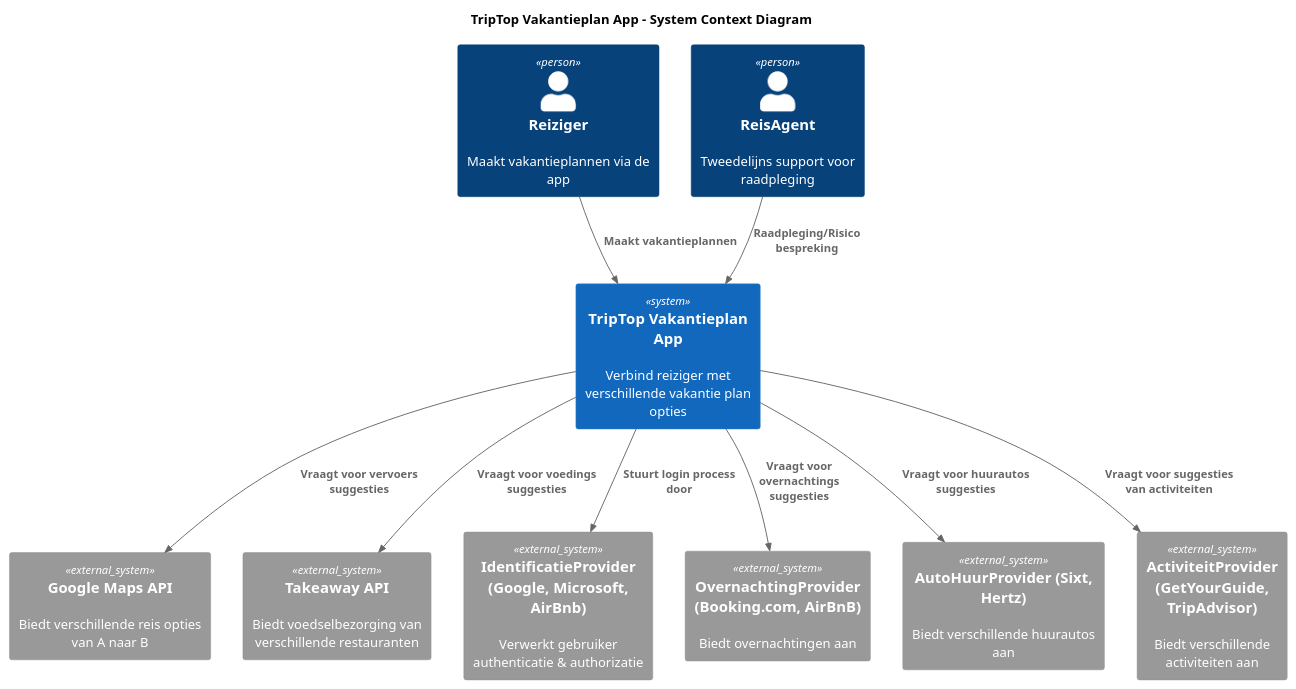
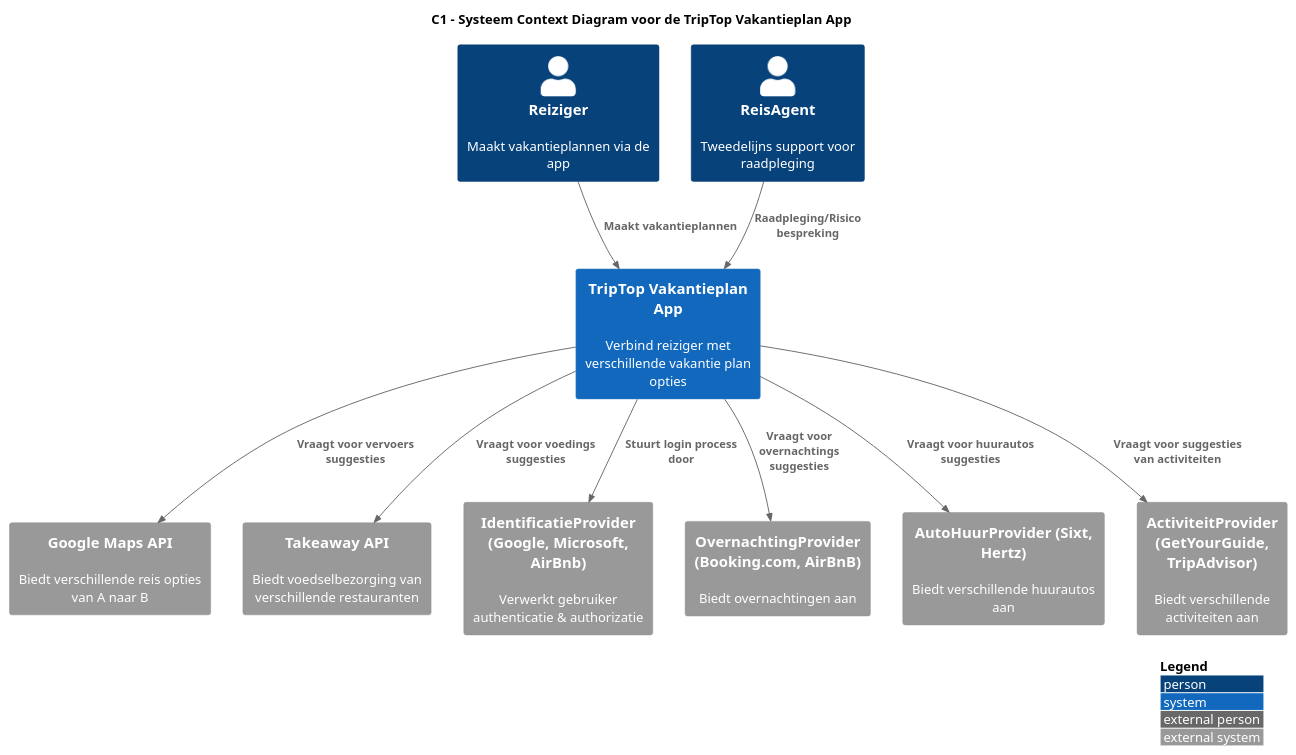
One commit to AIM-ENE-feb25/triptop-groep-3-pedro-ramon-mees changed the diagram in opdracht-diagrammen/ContextDiagram_Mees.puml. Above: the diagram before and after it, drawn with PlantUML.

Commit message:
Docs: changed some small titles and stuff

```diff
--- a/opdracht-diagrammen/ContextDiagram_Mees.puml
+++ b/opdracht-diagrammen/ContextDiagram_Mees.puml
@@ -1,28 +1,33 @@
 @startuml TripTop Context Diagram
+!include <C4/C4>
+!include <C4/C4_Context>
 !include https://raw.githubusercontent.com/plantuml-stdlib/C4-PlantUML/master/C4_Context.puml
 
-title TripTop Vakantieplan App - System Context Diagram
+title C1 - Systeem Context Diagram voor de TripTop Vakantieplan App
 
 Person(reiziger, "Reiziger", "Maakt vakantieplannen via de app")
 Person(reisagent, "ReisAgent", "Tweedelijns support voor raadpleging")
 
 System(triptop, "TripTop Vakantieplan App", "Verbind reiziger met verschillende vakantie plan opties")
 
 System_Ext(googleMapsAPI, "Google Maps API", "Biedt verschillende reis opties van A naar B")
 System_Ext(takeawayAPI, "Takeaway API", "Biedt voedselbezorging van verschillende restauranten")
 System_Ext(idProvider, "IdentificatieProvider (Google, Microsoft, AirBnb)", "Verwerkt gebruiker authenticatie & authorizatie")
 System_Ext(overnachtingProvider, "OvernachtingProvider (Booking.com, AirBnB)", "Biedt overnachtingen aan")
 System_Ext(autoHuurProvider, "AutoHuurProvider (Sixt, Hertz)", "Biedt verschillende huurautos aan")
 System_Ext(activiteitProvider, "ActiviteitProvider (GetYourGuide, TripAdvisor)", "Biedt verschillende activiteiten aan")
 
 Rel(reiziger, triptop, "Maakt vakantieplannen")
 Rel(reisagent, triptop, "Raadpleging/Risico bespreking")
 
 Rel(triptop, googleMapsAPI, "Vraagt voor vervoers suggesties")
 Rel(triptop, takeawayAPI, "Vraagt voor voedings suggesties")
 Rel(triptop, idProvider, "Stuurt login process door")
 Rel(triptop, overnachtingProvider, "Vraagt voor overnachtings suggesties")
 Rel(triptop, autoHuurProvider, "Vraagt voor huurautos suggesties")
 Rel(triptop, activiteitProvider, "Vraagt voor suggesties van activiteiten")
 
+SHOW_LEGEND(true)
+LAYOUT_WITH_LEGEND()
+
 @enduml
```
